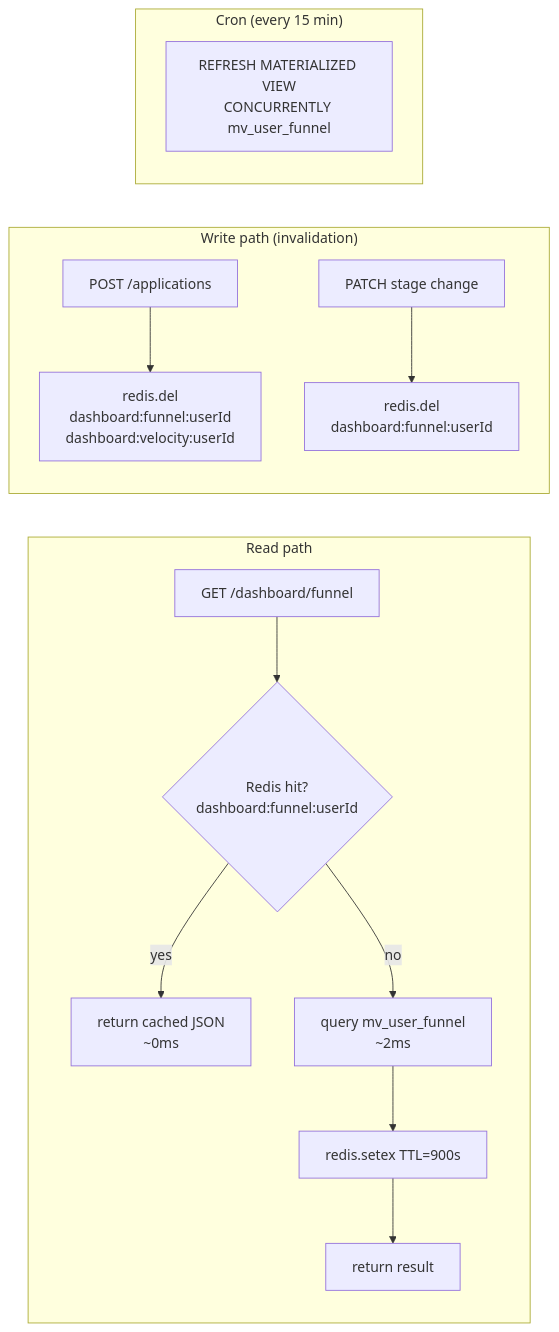
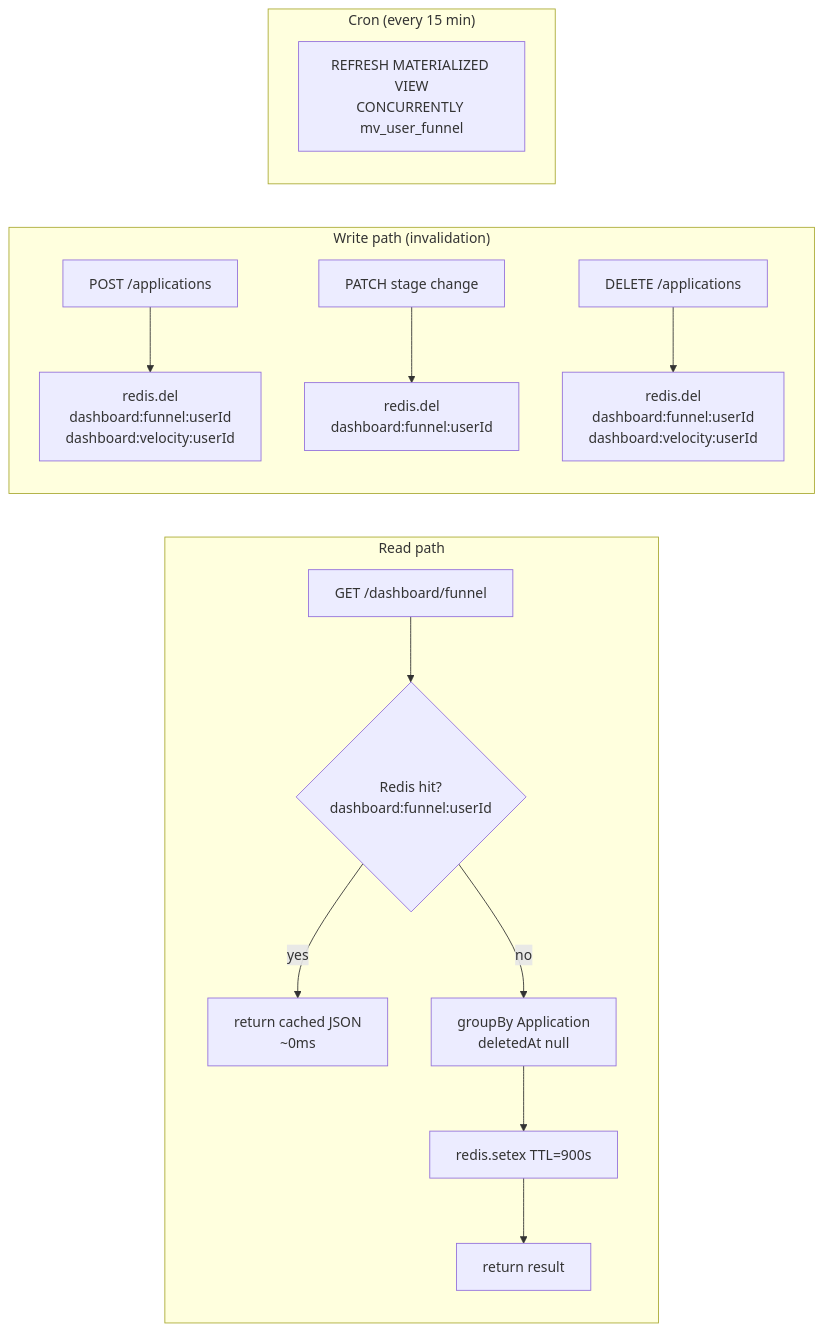
Before and after one commit to AdityaKrSingh26/Pursuit: the sixth of 7 diagrams in docs/architecture.md, drawn with Mermaid. The commit also changed other lines of this file and 31 other files, not shown here.

````diff
--- a/docs/architecture.md
+++ b/docs/architecture.md
@@ -180,19 +180,20 @@
 ```mermaid
 flowchart LR
     subgraph Read["Read path"]
         REQ["GET /dashboard/funnel"] --> RHIT{Redis hit?\ndashboard:funnel:userId}
         RHIT -- yes --> RET["return cached JSON\n~0ms"]
-        RHIT -- no --> DB2["query mv_user_funnel\n~2ms"]
+        RHIT -- no --> DB2["groupBy Application\ndeletedAt null"]
         DB2 --> STORE["redis.setex TTL=900s"]
         STORE --> RET2["return result"]
     end
 
     subgraph Write["Write path (invalidation)"]
         CREATE["POST /applications"] --> INV["redis.del\ndashboard:funnel:userId\ndashboard:velocity:userId"]
         STAGE["PATCH stage change"] --> INV2["redis.del\ndashboard:funnel:userId"]
+        DELETE["DELETE /applications"] --> INV3["redis.del\ndashboard:funnel:userId\ndashboard:velocity:userId"]
     end
 
     subgraph Cron["Cron (every 15 min)"]
         MV["REFRESH MATERIALIZED VIEW\nCONCURRENTLY mv_user_funnel"]
     end
 ```
````
